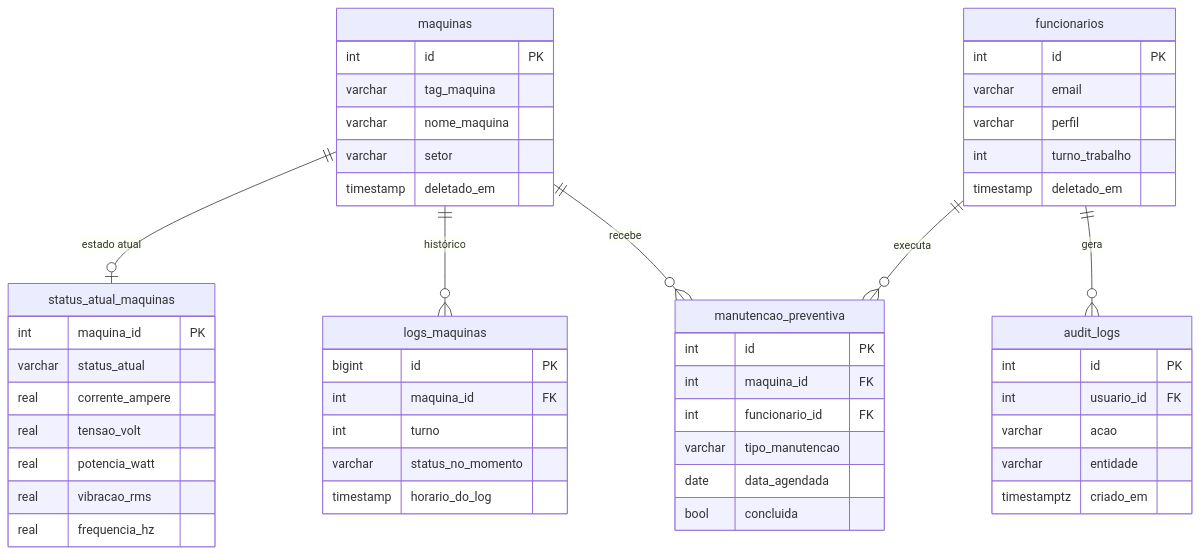
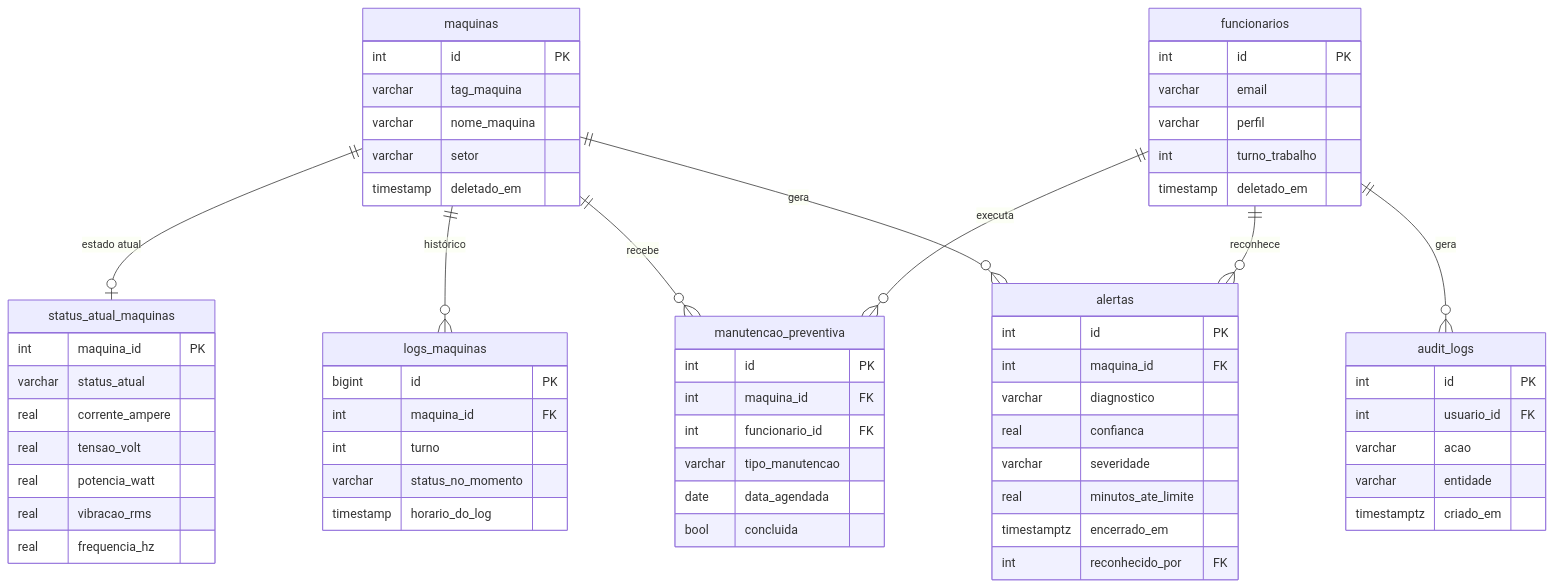
Before and after one commit to Pedro-Cavenaghi/Simple-IHM-Backend: the second of 2 diagrams in README.md, drawn with Mermaid. The commit also changed other lines of this file and 26 other files, not shown here.

````diff
--- a/README.md
+++ b/README.md
@@ -251,54 +305,66 @@
 ```mermaid
 erDiagram
     maquinas ||--o| status_atual_maquinas : "estado atual"
     maquinas ||--o{ logs_maquinas : "histórico"
     maquinas ||--o{ manutencao_preventiva : "recebe"
     funcionarios ||--o{ manutencao_preventiva : "executa"
     funcionarios ||--o{ audit_logs : "gera"
+    maquinas ||--o{ alertas : "gera"
+    funcionarios ||--o{ alertas : "reconhece"
 
     maquinas {
         int id PK
         varchar tag_maquina
         varchar nome_maquina
         varchar setor
         timestamp deletado_em
     }
     status_atual_maquinas {
         int maquina_id PK
         varchar status_atual
         real corrente_ampere
         real tensao_volt
         real potencia_watt
         real vibracao_rms
         real frequencia_hz
     }
     logs_maquinas {
         bigint id PK
         int maquina_id FK
         int turno
         varchar status_no_momento
         timestamp horario_do_log
     }
     manutencao_preventiva {
         int id PK
         int maquina_id FK
         int funcionario_id FK
         varchar tipo_manutencao
         date data_agendada
         bool concluida
     }
     funcionarios {
         int id PK
         varchar email
         varchar perfil
         int turno_trabalho
         timestamp deletado_em
     }
+    alertas {
+        int id PK
+        int maquina_id FK
+        varchar diagnostico
+        real confianca
+        varchar severidade
+        real minutos_ate_limite
+        timestamptz encerrado_em
+        int reconhecido_por FK
+    }
     audit_logs {
         int id PK
         int usuario_id FK
         varchar acao
         varchar entidade
         timestamptz criado_em
     }
 ```
````
